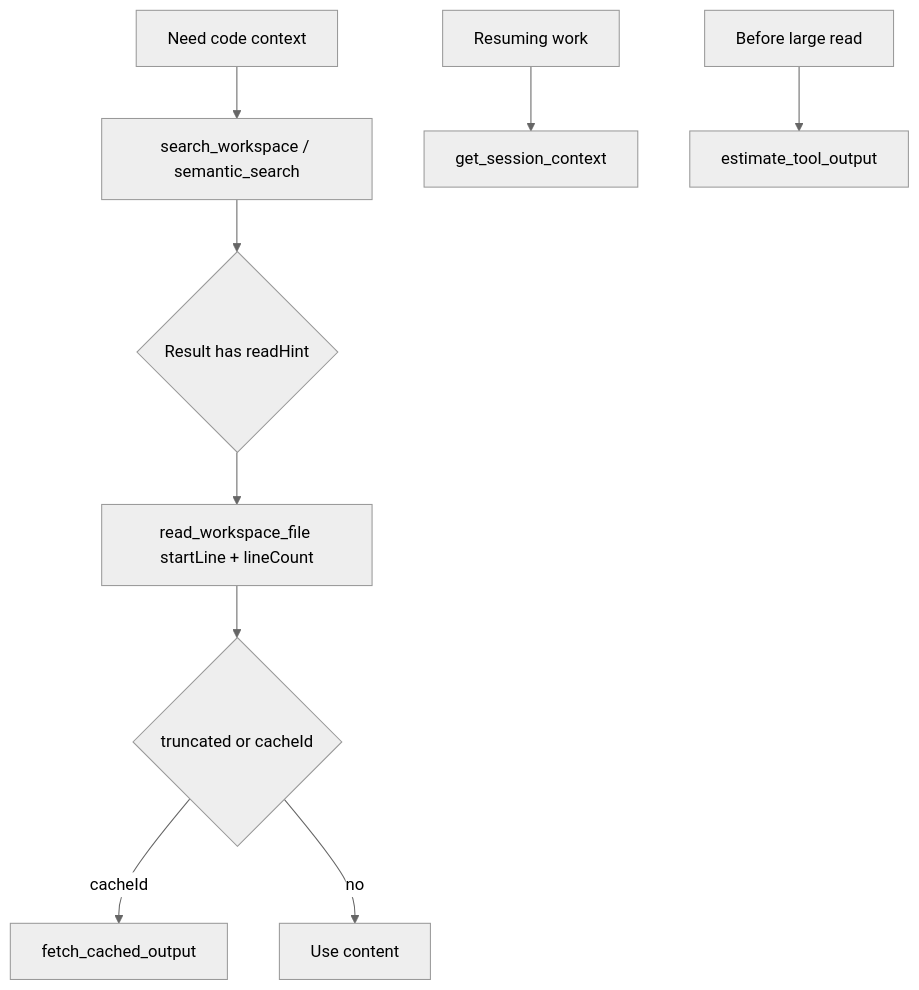
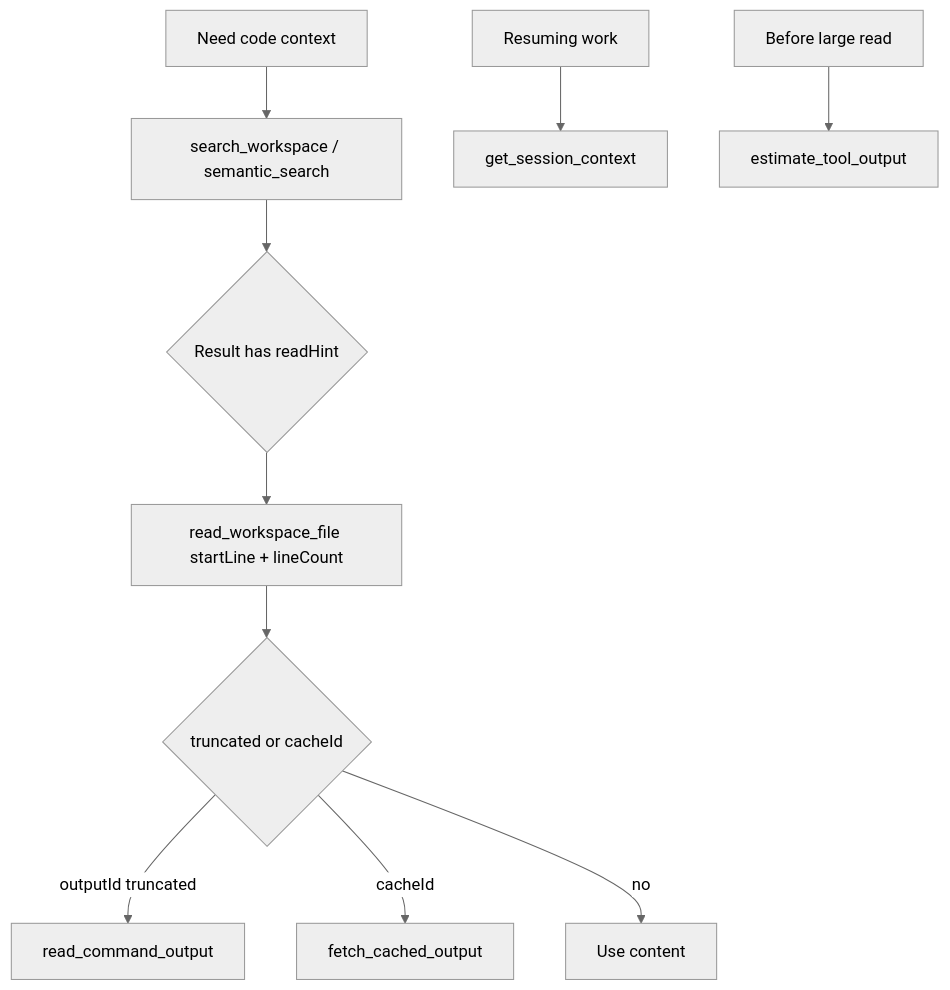
Before and after one commit to dienlanhvietnam-lang/local-coding-tools-mcp: the diagram in docs/CONTEXT-COMPRESSION.md, drawn with Mermaid (neutral theme). The commit also changed other lines of this file and 21 other files, not shown here.

First line of the commit message:
feat: v0.18.0 read_command_output for truncated test logs

````diff
--- a/docs/CONTEXT-COMPRESSION.md
+++ b/docs/CONTEXT-COMPRESSION.md
@@ -30,11 +31,12 @@
 ```mermaid
 flowchart TD
     A[Need code context] --> B[search_workspace / semantic_search]
     B --> C{Result has readHint}
     C --> D[read_workspace_file startLine + lineCount]
     D --> E{truncated or cacheId}
+    E -->|"outputId truncated"| F2[read_command_output]
     E -->|"cacheId"| F[fetch_cached_output]
     E -->|"no"| G[Use content]
     H[Resuming work] --> I[get_session_context]
     J[Before large read] --> K[estimate_tool_output]
 ```
````
